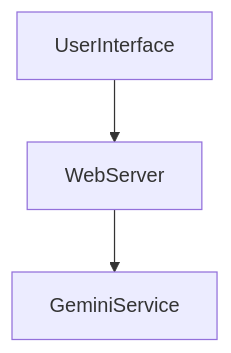
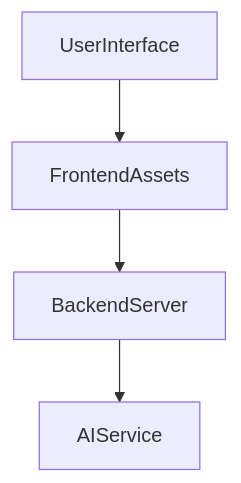
One commit to yogithasivakumar/FocusZen changed the first of 2 diagrams in README.md. Above: the diagram before and after it, drawn with Mermaid. The commit also changed other lines of this file, not shown here.

````diff
--- a/README.md
+++ b/README.md
@@ -11,5 +11,6 @@
 ```mermaid
 flowchart TD
-    UserInterface --> WebServer
-    WebServer --> GeminiService
+    UserInterface --> FrontendAssets
+    FrontendAssets --> BackendServer
+    BackendServer --> AIService
 ```
````
